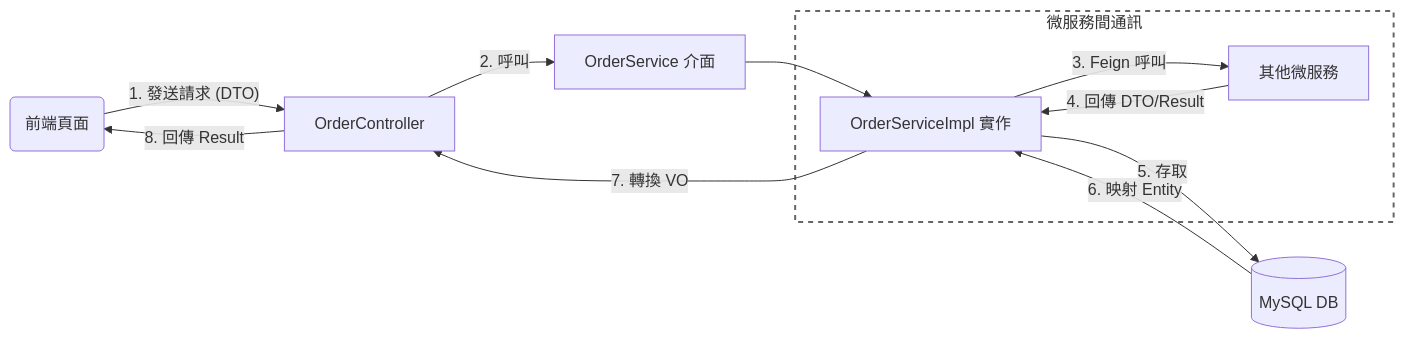
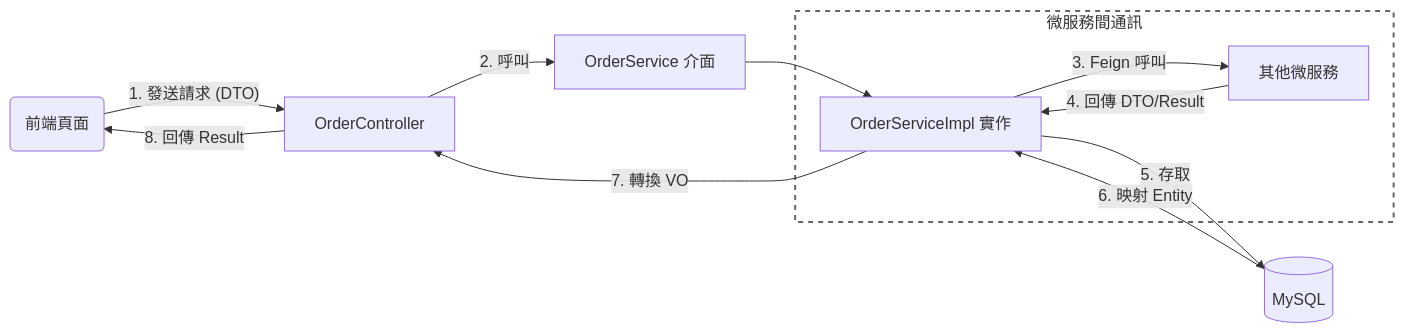
One commit to IsAliveQwQ/Nameless-Mall changed the second of 3 diagrams in README.md. Above: the diagram before and after it, drawn with Mermaid. The commit also changed other lines of this file and 10 other files, not shown here.

````diff
--- a/README.md
+++ b/README.md
@@ -216,19 +222,19 @@
 ```mermaid
 graph LR
     User(前端頁面) -- "1. 發送請求 (DTO)" --> OrderController
     OrderController -- "2. 呼叫" --> OrderService[OrderService 介面]
     OrderService --> OrderServiceImpl[OrderServiceImpl 實作]
     
     subgraph Remote [微服務間通訊]
         OrderServiceImpl -- "3. Feign 呼叫" --> OtherServices[其他微服務]
         OtherServices -- "4. 回傳 DTO/Result" --> OrderServiceImpl
     end
 
-    OrderServiceImpl -- "5. 存取" --> MySQL[(MySQL DB)]
+    OrderServiceImpl -- "5. 存取" --> MySQL[(MySQL)]
     MySQL -- "6. 映射 Entity" --> OrderServiceImpl
     
     OrderServiceImpl -- "7. 轉換 VO" --> OrderController
     OrderController -- "8. 回傳 Result<OrderVO>" --> User
 
     style Remote fill:none,stroke:#666,stroke-width:2px,stroke-dasharray: 5 5
 ```
````
